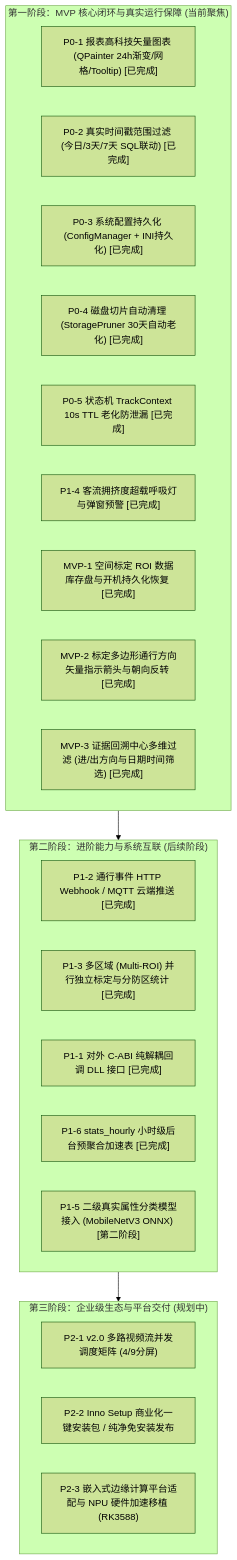
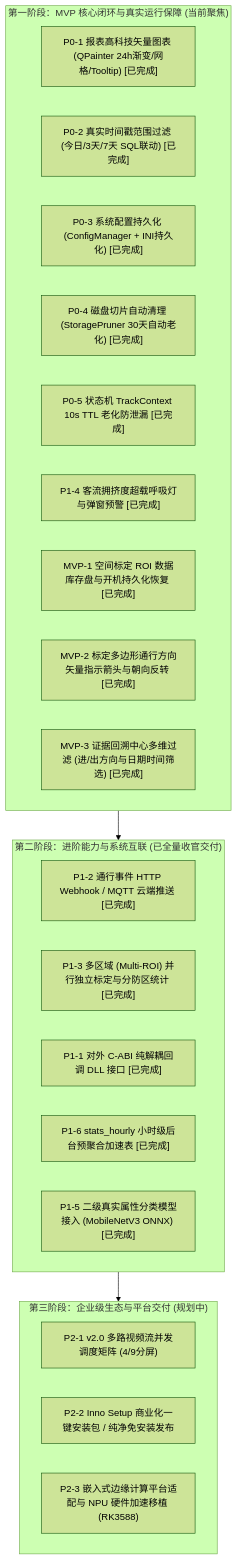
One commit to huangjingpei/FlowSight changed the second of 2 diagrams in docs/06-FlowSight_商业化核心功能缺口分析与分期演进路线图.md. Above: the diagram before and after it, drawn with Mermaid (forest theme). The commit also changed other lines of this file and 11 other files, not shown here.

Commit message:
feat(ai): integrate MobileNetV3 secondary attribute classifier for real gender and age inference (P1-5)

````diff
--- a/docs/06-FlowSight_商业化核心功能缺口分析与分期演进路线图.md
+++ b/docs/06-FlowSight_商业化核心功能缺口分析与分期演进路线图.md
@@ -131,31 +131,31 @@
 ```mermaid
 graph TD
     subgraph Phase1["第一阶段：MVP 核心闭环与真实运行保障 (当前聚焦)"]
         P0_1["P0-1 报表高科技矢量图表 (QPainter 24h渐变/网格/Tooltip) [已完成]"]
         P0_2["P0-2 真实时间戳范围过滤 (今日/3天/7天 SQL联动) [已完成]"]
         P0_3["P0-3 系统配置持久化 (ConfigManager + INI持久化) [已完成]"]
         P0_4["P0-4 磁盘切片自动清理 (StoragePruner 30天自动老化) [已完成]"]
         P0_5["P0-5 状态机 TrackContext 10s TTL 老化防泄漏 [已完成]"]
         P1_4["P1-4 客流拥挤度超载呼吸灯与弹窗预警 [已完成]"]
         MVP_1["MVP-1 空间标定 ROI 数据库存盘与开机持久化恢复 [已完成]"]
         MVP_2["MVP-2 标定多边形通行方向矢量指示箭头与朝向反转 [已完成]"]
         MVP_3["MVP-3 证据回溯中心多维过滤 (进/出方向与日期时间筛选) [已完成]"]
     end
 
-    subgraph Phase2["第二阶段：进阶能力与系统互联 (后续阶段)"]
+    subgraph Phase2["第二阶段：进阶能力与系统互联 (已全量收官交付)"]
         P1_2["P1-2 通行事件 HTTP Webhook / MQTT 云端推送 [已完成]"]
         P1_3["P1-3 多区域 (Multi-ROI) 并行独立标定与分防区统计 [已完成]"]
         P1_1["P1-1 对外 C-ABI 纯解耦回调 DLL 接口 [已完成]"]
         P1_6["P1-6 stats_hourly 小时级后台预聚合加速表 [已完成]"]
-        P1_5["P1-5 二级真实属性分类模型接入 (MobileNetV3 ONNX) [第二阶段]"]
+        P1_5["P1-5 二级真实属性分类模型接入 (MobileNetV3 ONNX) [已完成]"]
     end
 
     subgraph Phase3["第三阶段：企业级生态与平台交付 (规划中)"]
         P2_1["P2-1 v2.0 多路视频流并发调度矩阵 (4/9分屏)"]
         P2_2["P2-2 Inno Setup 商业化一键安装包 / 纯净免安装发布"]
         P2_3["P2-3 嵌入式边缘计算平台适配与 NPU 硬件加速移植 (RK3588)"]
     end
 
     Phase1 --> Phase2
     Phase2 --> Phase3
 ```
````
